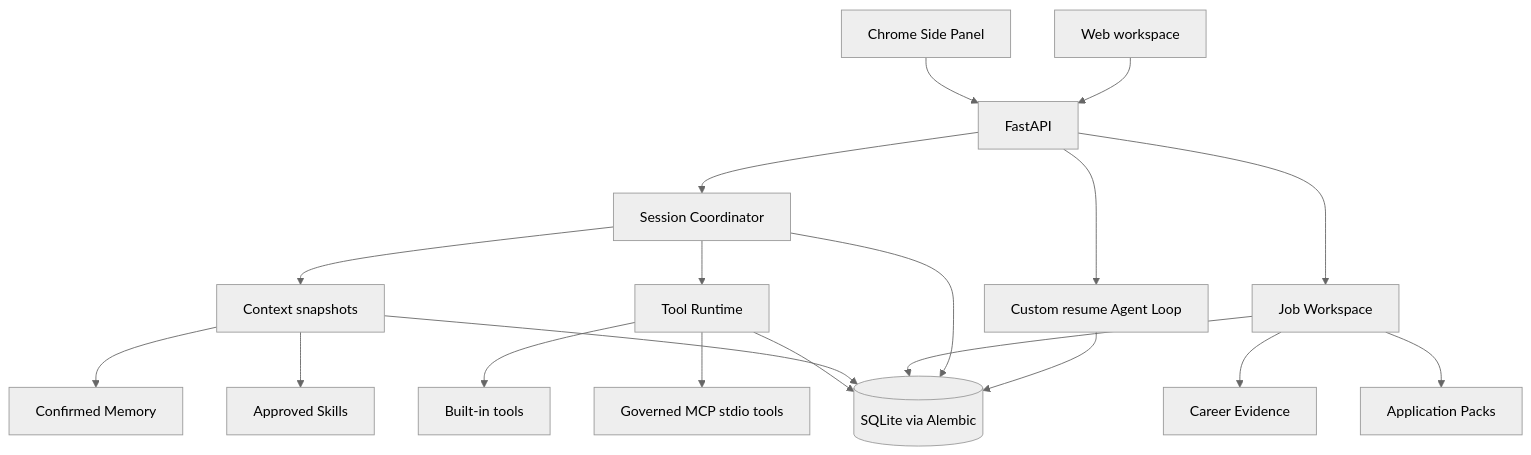
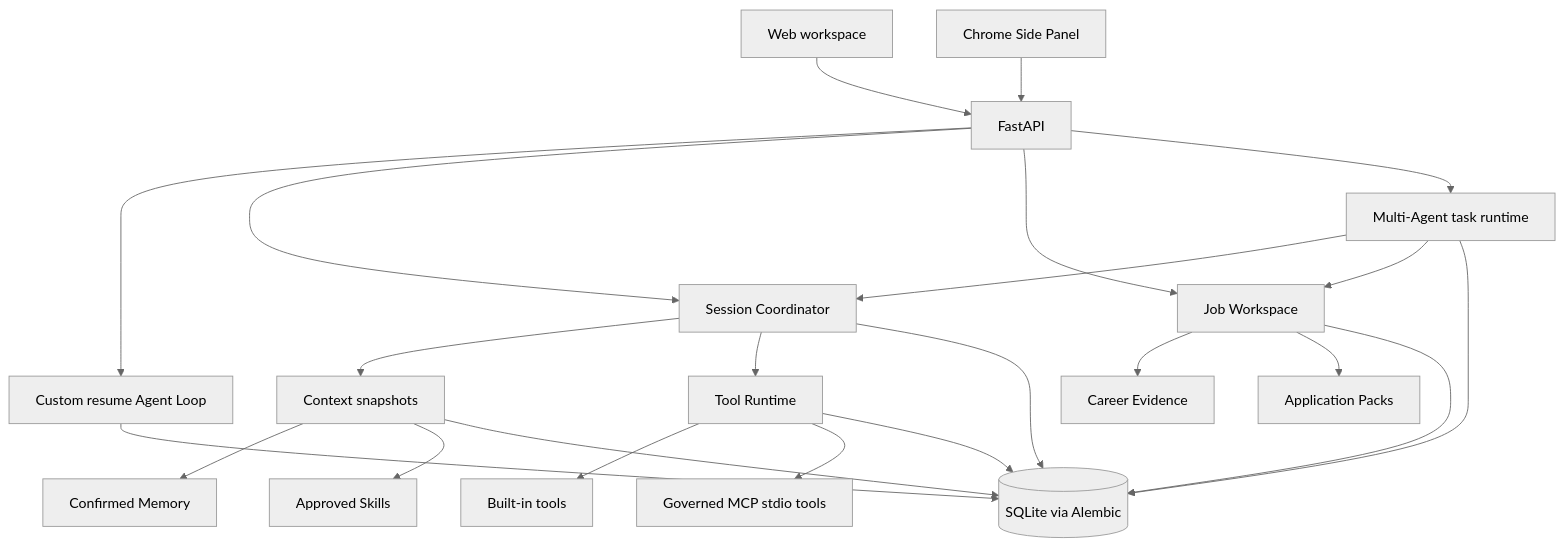
The second of 4 diagrams in README.md (ethany14/JobHunterAgent), drawn with Mermaid (neutral theme) before and after one commit. The commit also changed other lines of this file, not shown here.

Commit message:
docs: document multi-agent application workflow

````diff
--- a/README.md
+++ b/README.md
@@ -220,24 +220,28 @@
 ```mermaid
 flowchart TB
     WEB[Web workspace] --> API[FastAPI]
     EXT[Chrome Side Panel] --> API
 
     API --> RUNS[Custom resume Agent Loop]
     API --> SESSIONS[Session Coordinator]
     API --> WORKSPACE[Job Workspace]
+    API --> MULTI[Multi-Agent task runtime]
 
     SESSIONS --> CONTEXT[Context snapshots]
     SESSIONS --> TOOLS[Tool Runtime]
+    MULTI --> SESSIONS
+    MULTI --> WORKSPACE
     CONTEXT --> MEMORY[Confirmed Memory]
     CONTEXT --> SKILLS[Approved Skills]
     TOOLS --> BUILTIN[Built-in tools]
     TOOLS --> MCP[Governed MCP stdio tools]
     WORKSPACE --> EVIDENCE[Career Evidence]
     WORKSPACE --> PACKS[Application Packs]
 
     RUNS --> DB[(SQLite via Alembic)]
     SESSIONS --> DB
+    MULTI --> DB
     WORKSPACE --> DB
     CONTEXT --> DB
     TOOLS --> DB
 ```
````
